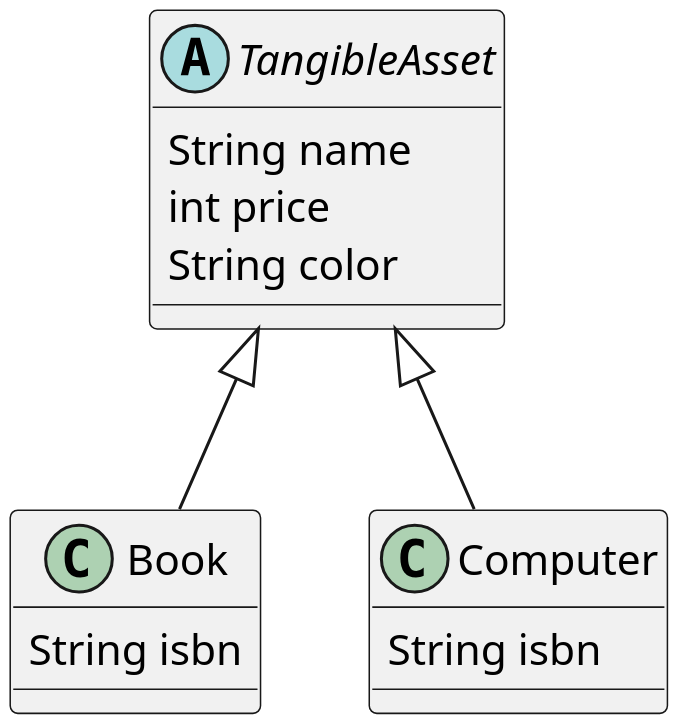
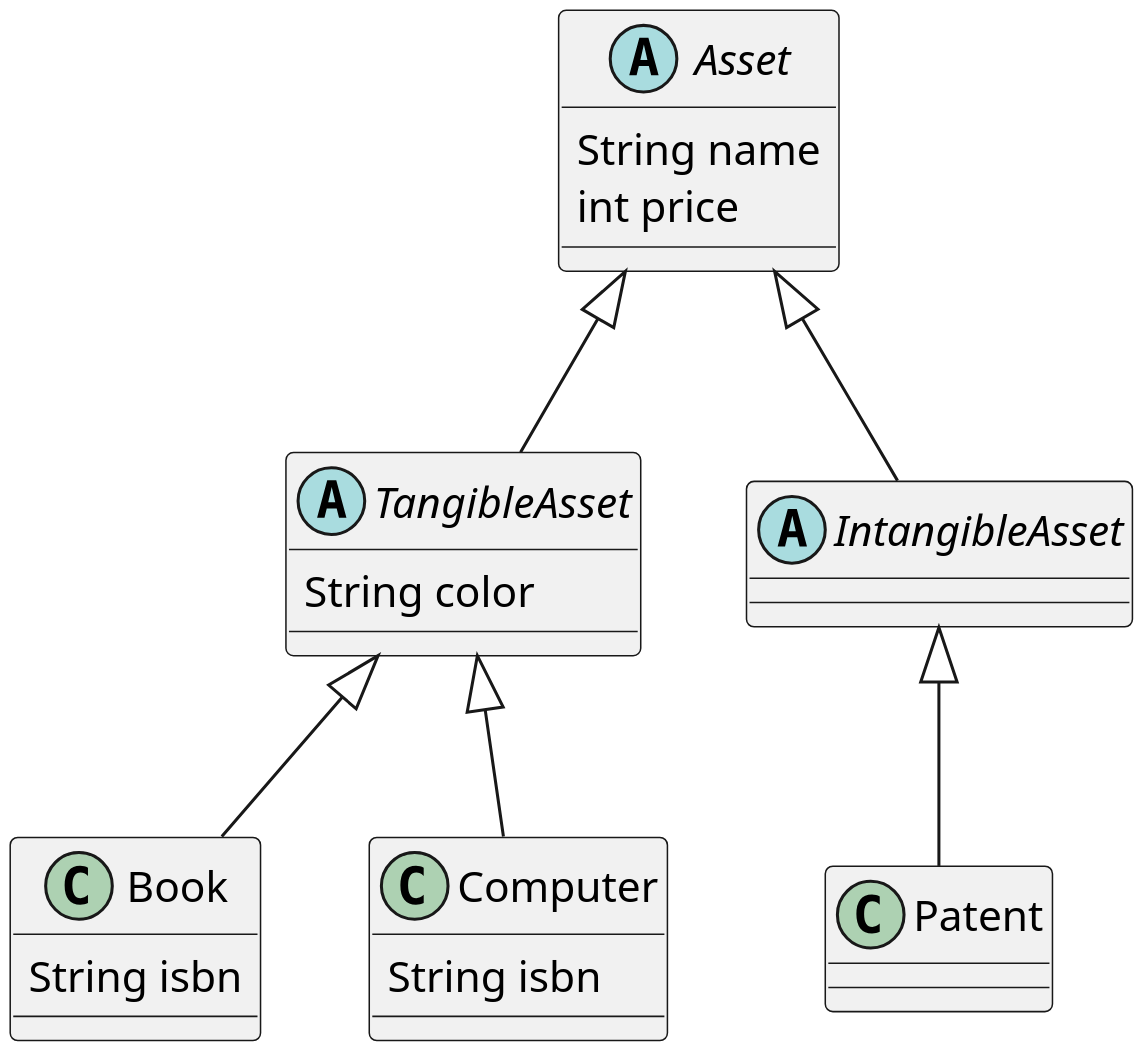
The diagram in src/main/java/com/survivalcoding/asset/asset.puml (SurvivalCodingCampus/polytech_java_study), drawn with PlantUML before and after one commit. The commit also changed 2 other files, not shown here.

```diff
--- a/src/main/java/com/survivalcoding/asset/asset.puml
+++ b/src/main/java/com/survivalcoding/asset/asset.puml
@@ -1,17 +1,25 @@
 @startuml
 scale 3
 
-abstract class TangibleAsset {
+abstract class Asset {
     String name
     int price
+}
+
+abstract class TangibleAsset extends Asset {
     String color
 }
 
 class Book extends TangibleAsset {
     String isbn
 }
 
 class Computer extends TangibleAsset {
     String isbn
 }
+
+class Patent extends IntangibleAsset
+
+abstract class IntangibleAsset extends Asset {
+}
 @enduml
```
